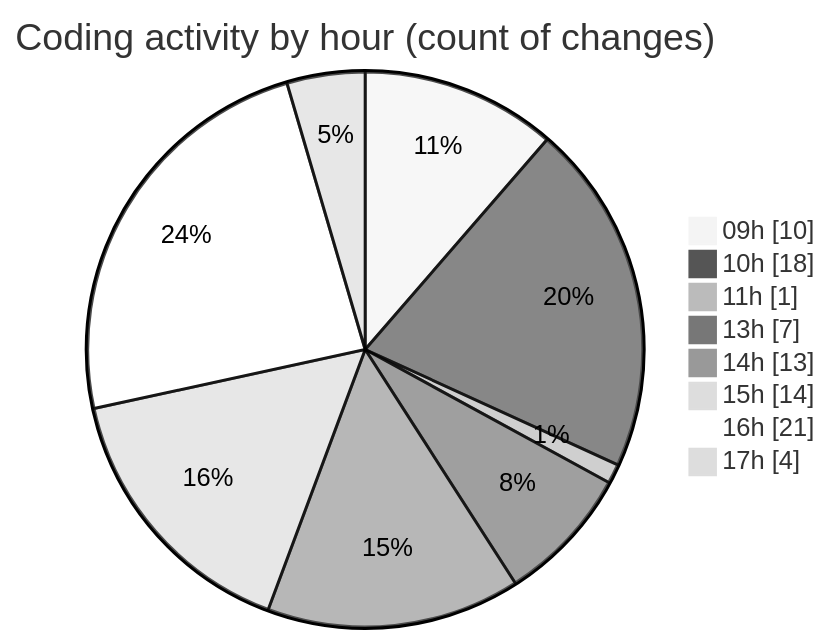
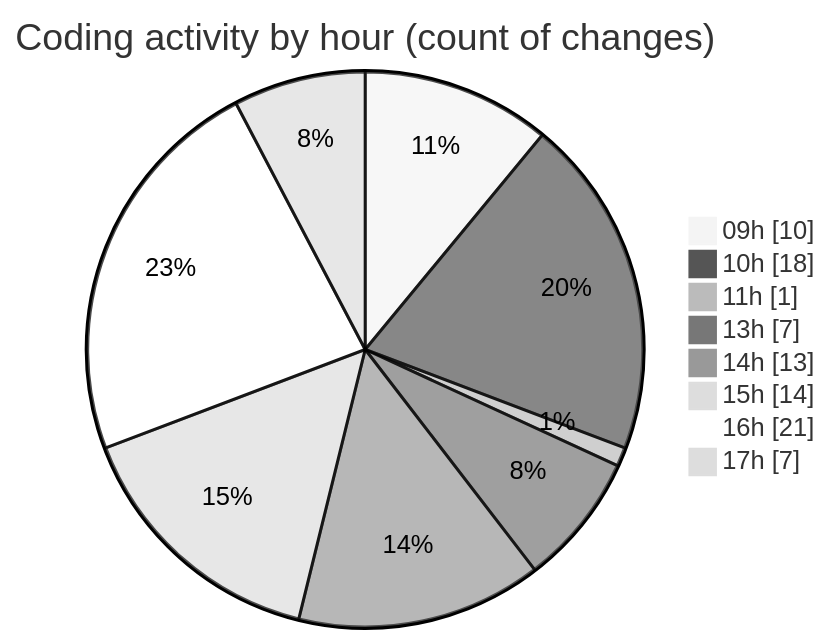
Before and after one commit to nxtqubesakshisongat/code-tracking: the second of 2 diagrams in 2026-04-06/airfeed-analytics-dashboard/README.md, drawn with Mermaid (neutral theme). The commit also changed other lines of this file and 1 other file, not shown here.

````diff
--- a/2026-04-06/airfeed-analytics-dashboard/README.md
+++ b/2026-04-06/airfeed-analytics-dashboard/README.md
@@ -53,12 +53,12 @@
 ```mermaid
 pie showData
 title Coding activity by hour (count of changes)
 "09h" : 10
 "10h" : 18
 "11h" : 1
 "13h" : 7
 "14h" : 13
 "15h" : 14
 "16h" : 21
-"17h" : 4
+"17h" : 7
 ```
````
